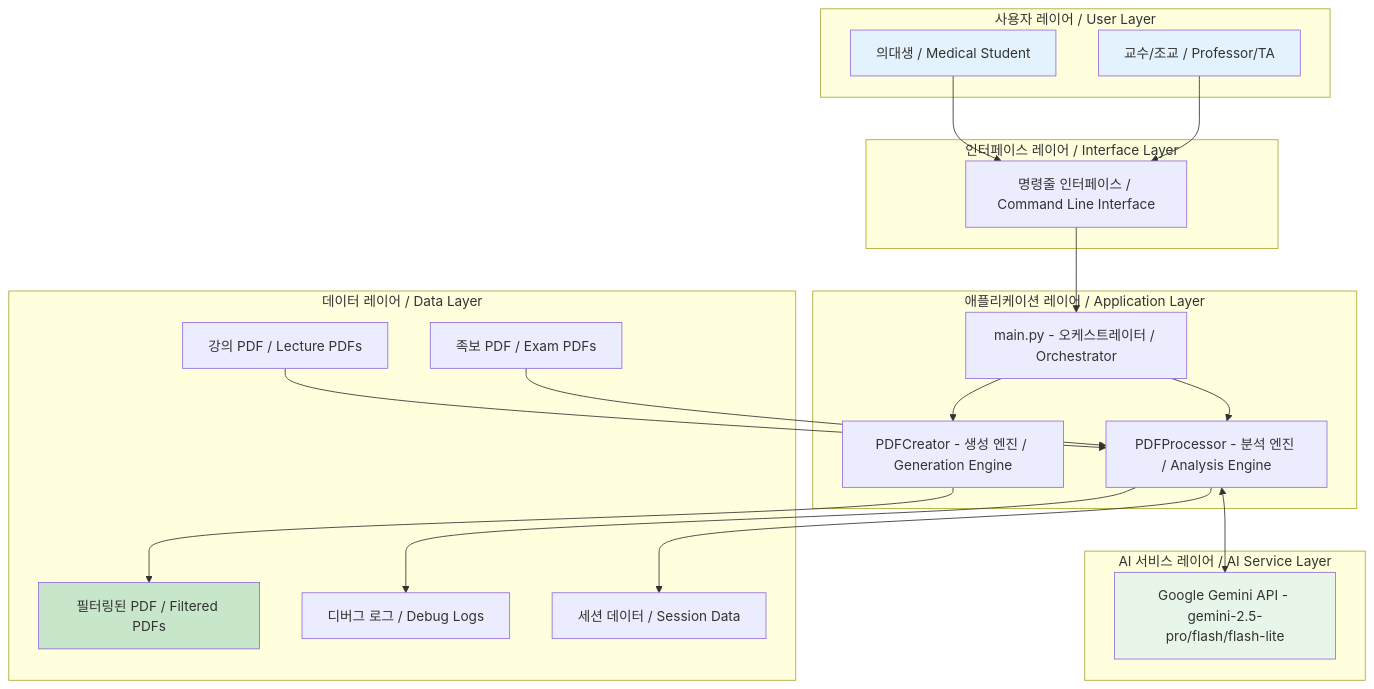
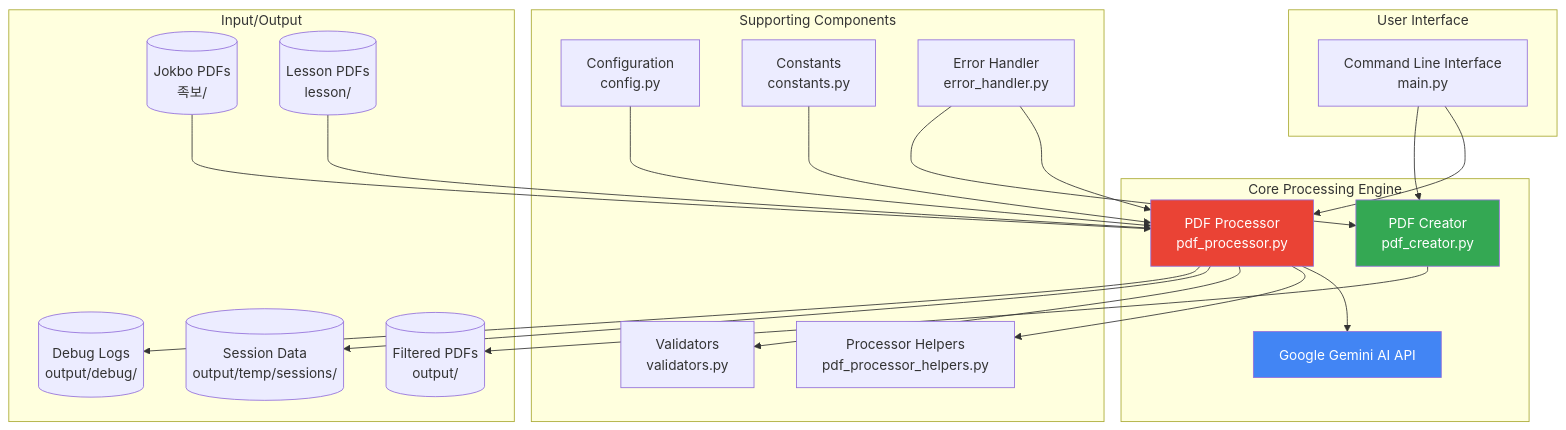
One commit to ksw6895/jokbodude changed the first of 12 diagrams in architecture.md. Above: the diagram before and after it, drawn with Mermaid. The commit also changed other lines of this file and 1 other file, not shown here.

````diff
--- a/architecture.md
+++ b/architecture.md
@@ -55,46 +11,52 @@
 ```mermaid
 graph TB
-    subgraph "사용자 레이어 / User Layer"
-        U1[의대생 / Medical Student]
-        U2[교수/조교 / Professor/TA]
+    subgraph "User Interface"
+        CLI[Command Line Interface<br/>main.py]
     end
     
-    subgraph "인터페이스 레이어 / Interface Layer"
-        CLI[명령줄 인터페이스 / Command Line Interface]
+    subgraph "Core Processing Engine"
+        PP[PDF Processor<br/>pdf_processor.py]
+        PC[PDF Creator<br/>pdf_creator.py]
+        GEMINI[Google Gemini AI API]
     end
     
-    subgraph "애플리케이션 레이어 / Application Layer"
-        MAIN[main.py - 오케스트레이터 / Orchestrator]
-        PROC[PDFProcessor - 분석 엔진 / Analysis Engine]
-        CREA[PDFCreator - 생성 엔진 / Generation Engine]
+    subgraph "Supporting Components"
+        CONFIG[Configuration<br/>config.py]
+        CONST[Constants<br/>constants.py]
+        VAL[Validators<br/>validators.py]
+        HELPER[Processor Helpers<br/>pdf_processor_helpers.py]
+        ERROR[Error Handler<br/>error_handler.py]
     end
     
-    subgraph "AI 서비스 레이어 / AI Service Layer"
-        GEMINI[Google Gemini API - gemini-2.5-pro/flash/flash-lite]
+    subgraph "Input/Output"
+        JOKBO[(Jokbo PDFs<br/>족보/)]
+        LESSON[(Lesson PDFs<br/>lesson/)]
+        OUTPUT[(Filtered PDFs<br/>output/)]
+        DEBUG[(Debug Logs<br/>output/debug/)]
+        SESSION[(Session Data<br/>output/temp/sessions/)]
     end
     
-    subgraph "데이터 레이어 / Data Layer"
-        IN1[강의 PDF / Lecture PDFs]
-        IN2[족보 PDF / Exam PDFs]
-        OUT1[필터링된 PDF / Filtered PDFs]
-        OUT2[디버그 로그 / Debug Logs]
-        OUT3[세션 데이터 / Session Data]
-    end
+    CLI --> PP
+    CLI --> PC
     
-    U1 --> CLI
-    U2 --> CLI
-    CLI --> MAIN
-    MAIN --> PROC
-    MAIN --> CREA
-    PROC <--> GEMINI
-    IN1 --> PROC
-    IN2 --> PROC
-    PROC --> OUT2
-    PROC --> OUT3
-    CREA --> OUT1
+    PP --> GEMINI
+    PP --> HELPER
+    PP --> VAL
+    PP --> SESSION
     
-    style U1 fill:#e3f2fd
-    style U2 fill:#e3f2fd
-    style GEMINI fill:#e8f5e9
-    style OUT1 fill:#c8e6c9
+    PC --> OUTPUT
+    
+    PP --> DEBUG
+    
+    CONFIG --> PP
+    CONST --> PP
+    ERROR --> PP
+    ERROR --> PC
+    
+    JOKBO --> PP
+    LESSON --> PP
+    
+    style GEMINI fill:#4285f4,color:#fff
+    style PP fill:#ea4335,color:#fff
+    style PC fill:#34a853,color:#fff
 ```
````
